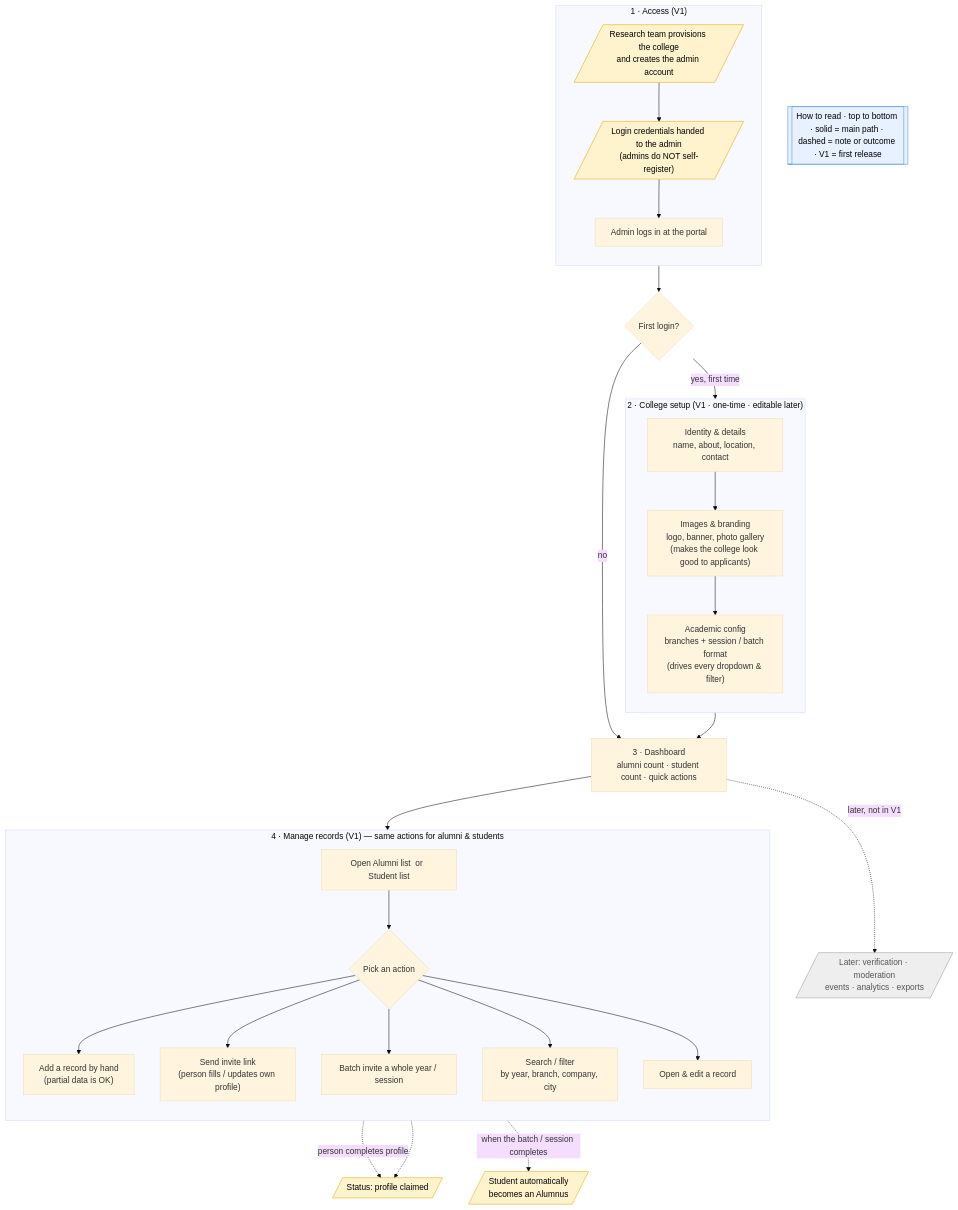
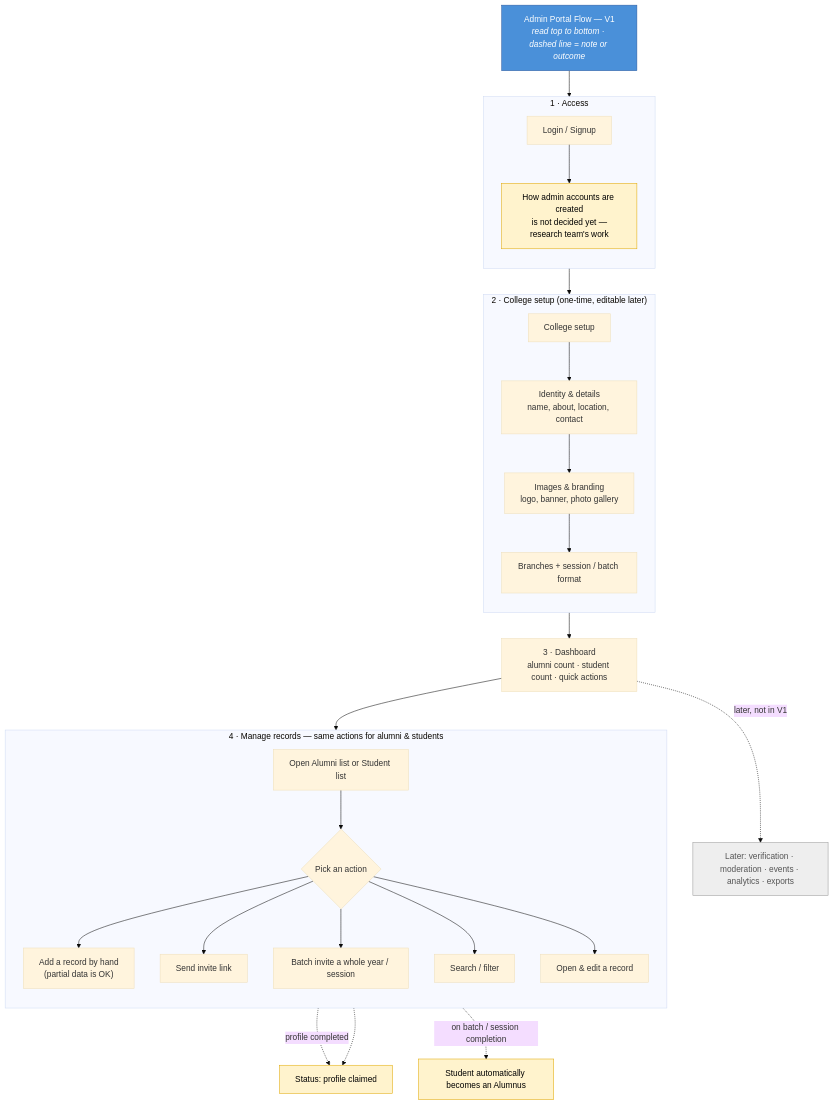
Before and after one commit to ColoredCow/alumni-connect: the diagram in docs/admin-portal-flow.md, drawn with Mermaid (base theme). The commit also changed other lines of this file, not shown here.

Commit message:
Refine flowchart: title, fix clipped text, simpler Access
Add a title banner, switch slanted note shapes to rectangles so text
no longer clips, label the entry Login / Signup, mark account creation
as not-yet-decided (research team's work), and complete the
batch-transition label. Align the Login section text to match.

````diff
--- a/docs/admin-portal-flow.md
+++ b/docs/admin-portal-flow.md
@@ -32,50 +32,49 @@
 ```mermaid
 flowchart TD
-    legend[["How to read · top to bottom · solid = main path · dashed = note or outcome · V1 = first release"]]
+    Title["Admin Portal Flow — V1<br/><i>read top to bottom · dashed line = note or outcome</i>"]
+    Title --> Login
 
-    subgraph ACCESS ["1 · Access (V1)"]
+    subgraph ACCESS ["1 · Access"]
         direction TB
-        Prov[/"Research team provisions the college<br/>and creates the admin account"/]
-        Prov --> Hand[/"Login credentials handed to the admin<br/>(admins do NOT self-register)"/]
-        Hand --> Login["Admin logs in at the portal"]
+        Login["Login / Signup"]
+        Login --> AccessNote["How admin accounts are created<br/>is not decided yet —<br/>research team's work"]
     end
 
-    Login --> SetupCheck{"First login?"}
+    AccessNote --> Setup
 
-    subgraph SETUP ["2 · College setup (V1 · one-time · editable later)"]
+    subgraph SETUP ["2 · College setup (one-time, editable later)"]
         direction TB
-        Identity["Identity & details<br/>name, about, location, contact"]
-        Identity --> Images["Images & branding<br/>logo, banner, photo gallery<br/>(makes the college look good to applicants)"]
-        Images --> Academic["Academic config<br/>branches + session / batch format<br/>(drives every dropdown & filter)"]
+        Setup["College setup"]
+        Setup --> Identity["Identity & details<br/>name, about, location, contact"]
+        Identity --> Images["Images & branding<br/>logo, banner, photo gallery"]
+        Images --> Academic["Branches + session / batch format"]
     end
 
-    SetupCheck -->|"yes, first time"| Identity
-    SetupCheck -->|"no"| Dashboard
     Academic --> Dashboard
 
     Dashboard["3 · Dashboard<br/>alumni count · student count · quick actions"]
     Dashboard --> Manage
 
-    subgraph MANAGE ["4 · Manage records (V1) — same actions for alumni & students"]
+    subgraph MANAGE ["4 · Manage records — same actions for alumni & students"]
         direction TB
-        Manage["Open Alumni list  or  Student list"]
+        Manage["Open Alumni list or Student list"]
         Manage --> Actions{"Pick an action"}
         Actions --> Add["Add a record by hand<br/>(partial data is OK)"]
-        Actions --> Invite["Send invite link<br/>(person fills / updates own profile)"]
+        Actions --> Invite["Send invite link"]
         Actions --> Batch["Batch invite a whole year / session"]
-        Actions --> Search["Search / filter<br/>by year, branch, company, city"]
+        Actions --> Search["Search / filter"]
         Actions --> Edit["Open & edit a record"]
     end
 
-    Invite -.->|"person completes profile"| Claimed[/"Status: profile claimed"/]
+    Invite -.->|"profile completed"| Claimed["Status: profile claimed"]
     Batch -.-> Claimed
-    Edit -.->|"when the batch / session completes"| Auto[/"Student automatically<br/>becomes an Alumnus"/]
-    Dashboard -.->|"later, not in V1"| Later[/"Later: verification · moderation<br/>events · analytics · exports"/]
+    Manage -.->|"on batch / session completion"| Auto["Student automatically becomes an Alumnus"]
+    Dashboard -.->|"later, not in V1"| Later["Later: verification · moderation · events · analytics · exports"]
 
-    classDef note fill:#fff3cd,stroke:#e0a800,color:#000;
+    classDef title fill:#4a90d9,stroke:#2c5aa0,color:#ffffff;
+    classDef note fill:#fff3cd,stroke:#e0a800,color:#000000;
     classDef later fill:#eeeeee,stroke:#999999,color:#555555;
-    classDef legendbox fill:#e7f1ff,stroke:#4a90d9,color:#000;
-    class Prov,Hand,Claimed,Auto note;
+    class Title title;
+    class AccessNote,Claimed,Auto note;
     class Later later;
-    class legend legendbox;
 ```
````
